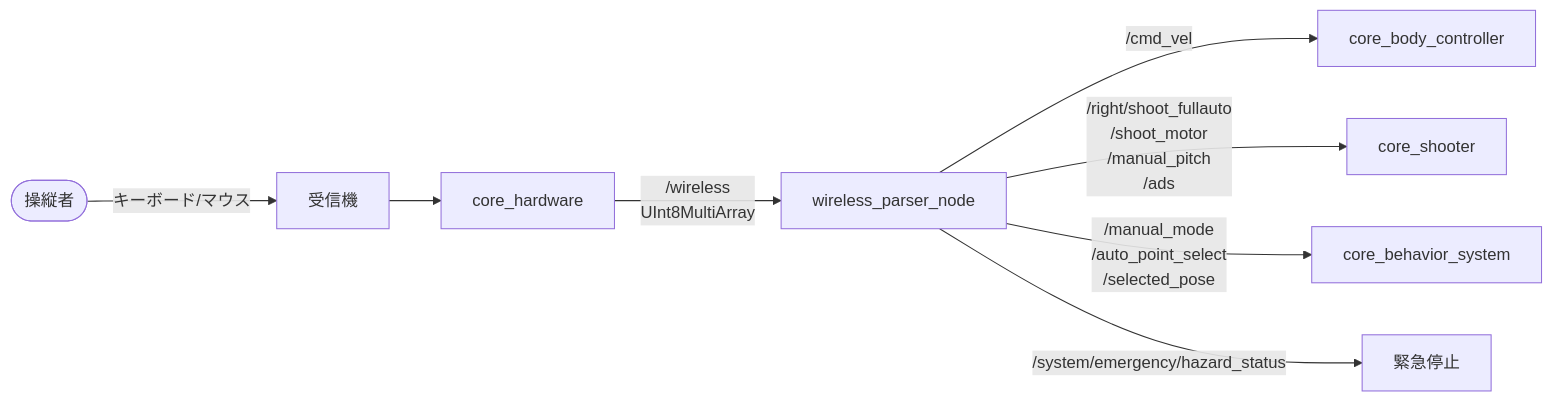
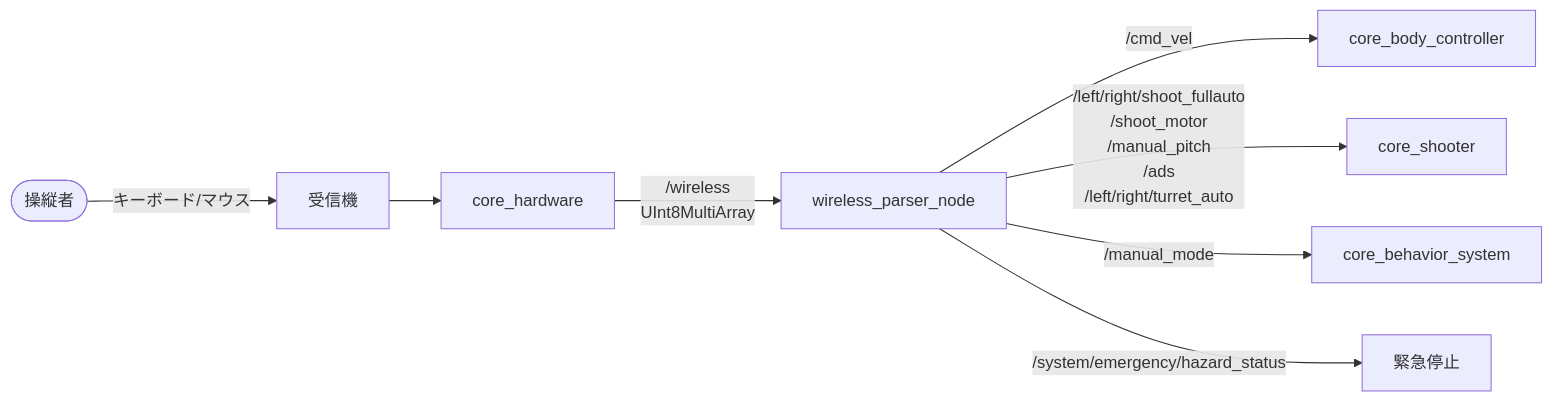
One commit to team-continue/core2026 changed the first of 2 diagrams in docs/packages/core_ros_player_controller/index.md. Above: the diagram before and after it, drawn with Mermaid. The commit also changed other lines of this file and 1 other file, not shown here.

````diff
--- a/docs/packages/core_ros_player_controller/index.md
+++ b/docs/packages/core_ros_player_controller/index.md
@@ -9,10 +7,10 @@
 ```mermaid
 graph LR
     OP(["操縦者"]) -->|"キーボード/マウス"| RX["受信機"]
     RX --> HW["core_hardware"]
     HW -->|"/wireless<br/>UInt8MultiArray"| WP["wireless_parser_node"]
     WP -->|"/cmd_vel"| BC["core_body_controller"]
-    WP -->|"/right/shoot_fullauto<br>/shoot_motor<br>/manual_pitch<br>/ads"| SH["core_shooter"]
-    WP -->|"/manual_mode<br>/auto_point_select<br>/selected_pose"| BS["core_behavior_system"]
+    WP -->|"/left/right/shoot_fullauto<br>/shoot_motor<br>/manual_pitch<br>/ads<br>/left/right/turret_auto"| SH["core_shooter"]
+    WP -->|"/manual_mode"| BS["core_behavior_system"]
     WP -->|"/system/emergency/hazard_status"| EM["緊急停止"]
 ```
````
